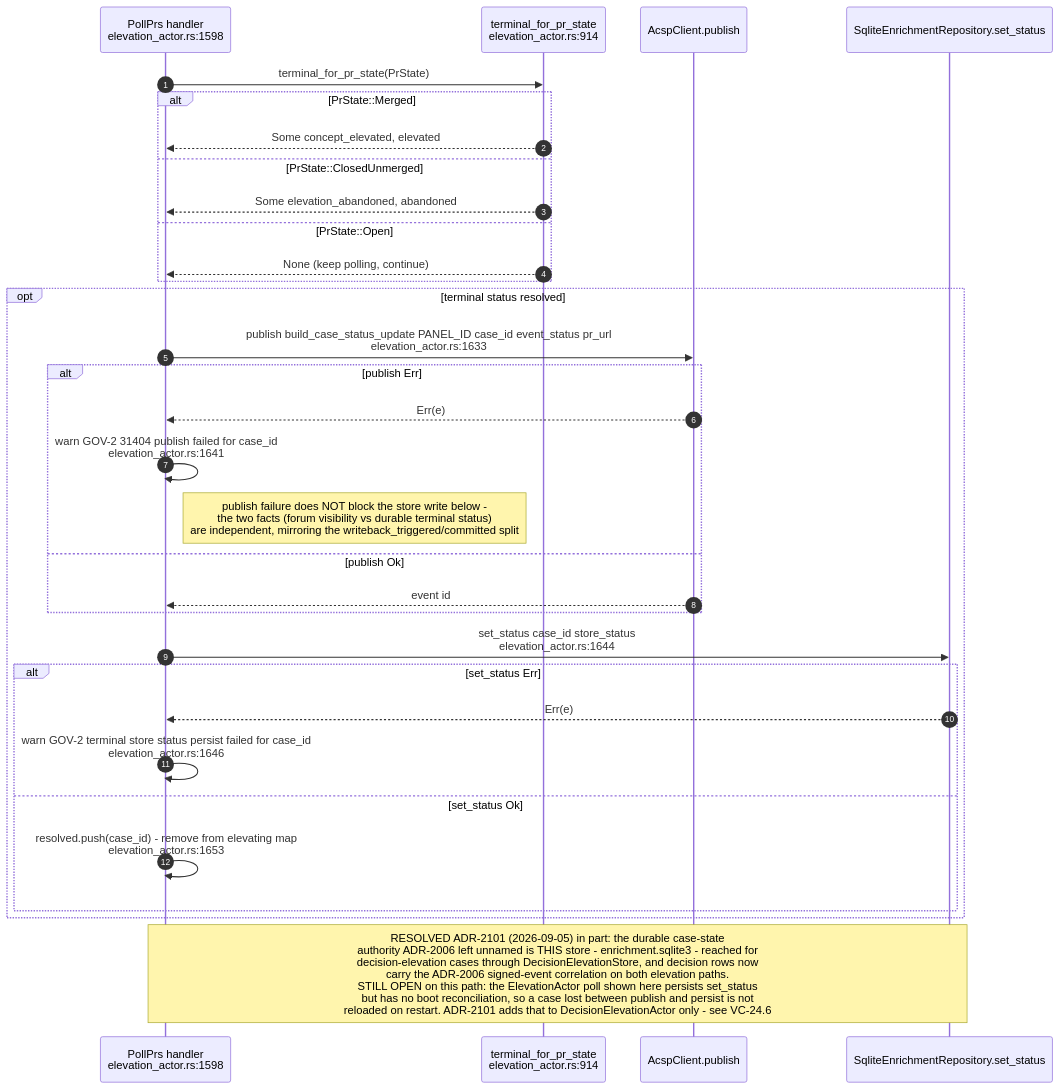
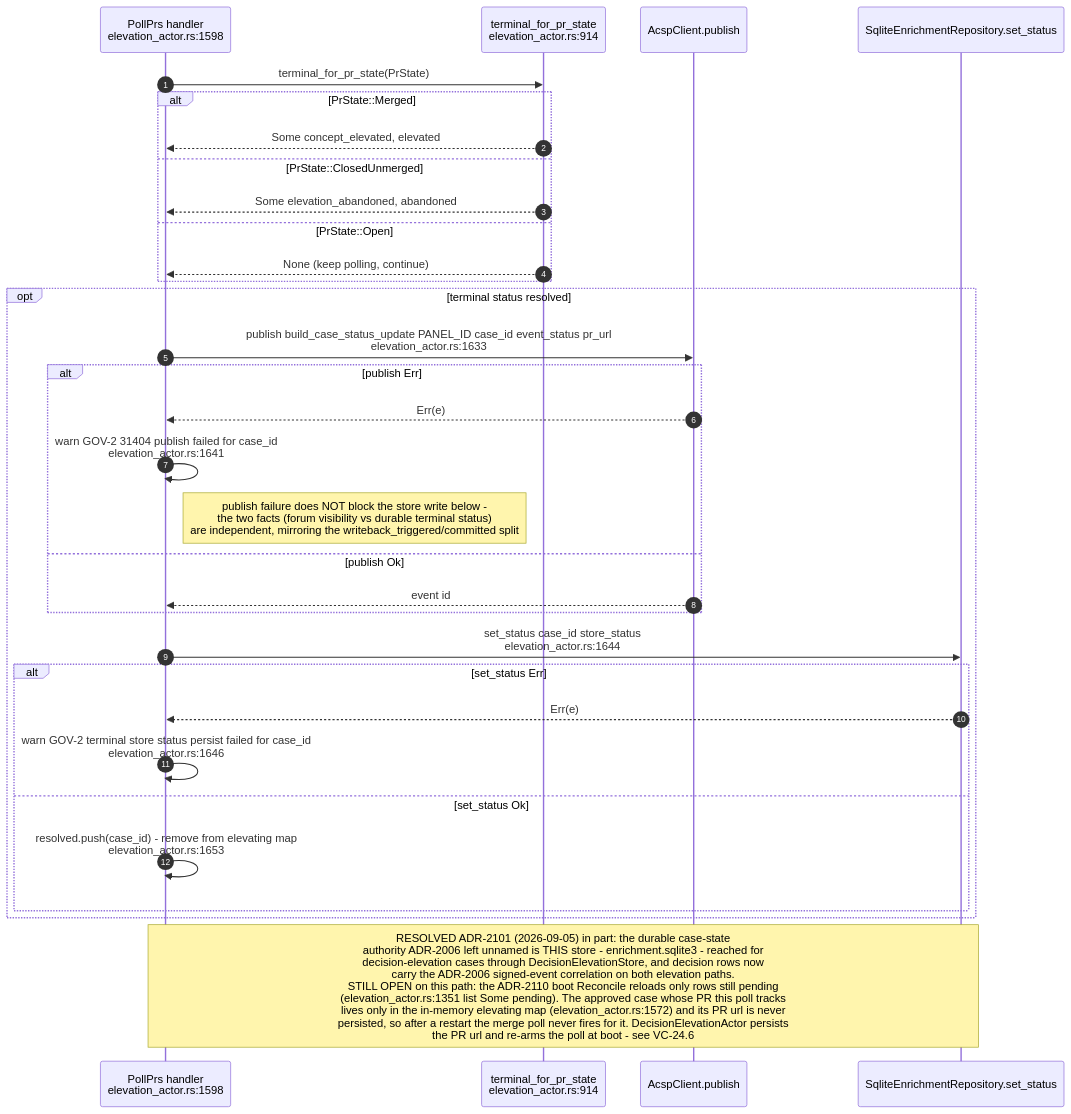
One commit to DreamLab-AI/VisionFlow changed the fifth of 12 diagrams in docs/diagrams/visionclaw/24-acsp-decision-elevation.md. Above: the diagram before and after it, drawn with Mermaid. The commit also changed other lines of this file and 173 other files, not shown here.

````diff
--- a/docs/diagrams/visionclaw/24-acsp-decision-elevation.md
+++ b/docs/diagrams/visionclaw/24-acsp-decision-elevation.md
@@ -209,34 +212,34 @@
 ```mermaid
 sequenceDiagram
     autonumber
     participant POLL as PollPrs handler<br/>elevation_actor.rs:1598
     participant MAP as terminal_for_pr_state<br/>elevation_actor.rs:914
     participant ACSP as AcspClient.publish
     participant REPO as SqliteEnrichmentRepository.set_status
     POLL->>MAP: terminal_for_pr_state(PrState)
     alt PrState::Merged
         MAP-->>POLL: Some concept_elevated, elevated
     else PrState::ClosedUnmerged
         MAP-->>POLL: Some elevation_abandoned, abandoned
     else PrState::Open
         MAP-->>POLL: None (keep polling, continue)
     end
     opt terminal status resolved
         POLL->>ACSP: publish build_case_status_update PANEL_ID case_id event_status pr_url<br/>elevation_actor.rs:1633
         alt publish Err
             ACSP-->>POLL: Err(e)
             POLL->>POLL: warn GOV-2 31404 publish failed for case_id<br/>elevation_actor.rs:1641
             Note right of POLL: publish failure does NOT block the store write below -<br/>the two facts (forum visibility vs durable terminal status)<br/>are independent, mirroring the writeback_triggered/committed split
         else publish Ok
             ACSP-->>POLL: event id
         end
         POLL->>REPO: set_status case_id store_status<br/>elevation_actor.rs:1644
         alt set_status Err
             REPO-->>POLL: Err(e)
             POLL->>POLL: warn GOV-2 terminal store status persist failed for case_id<br/>elevation_actor.rs:1646
         else set_status Ok
             POLL->>POLL: resolved.push(case_id) - remove from elevating map<br/>elevation_actor.rs:1653
         end
     end
-    Note over POLL,REPO: RESOLVED ADR-2101 (2026-09-05) in part: the durable case-state<br/>authority ADR-2006 left unnamed is THIS store - enrichment.sqlite3 - reached for<br/>decision-elevation cases through DecisionElevationStore, and decision rows now<br/>carry the ADR-2006 signed-event correlation on both elevation paths.<br/>STILL OPEN on this path: the ElevationActor poll shown here persists set_status<br/>but has no boot reconciliation, so a case lost between publish and persist is not<br/>reloaded on restart. ADR-2101 adds that to DecisionElevationActor only - see VC-24.6
+    Note over POLL,REPO: RESOLVED ADR-2101 (2026-09-05) in part: the durable case-state<br/>authority ADR-2006 left unnamed is THIS store - enrichment.sqlite3 - reached for<br/>decision-elevation cases through DecisionElevationStore, and decision rows now<br/>carry the ADR-2006 signed-event correlation on both elevation paths.<br/>STILL OPEN on this path: the ADR-2110 boot Reconcile reloads only rows still pending<br/>(elevation_actor.rs:1351 list Some pending). The approved case whose PR this poll tracks<br/>lives only in the in-memory elevating map (elevation_actor.rs:1572) and its PR url is never<br/>persisted, so after a restart the merge poll never fires for it. DecisionElevationActor persists<br/>the PR url and re-arms the poll at boot - see VC-24.6
 ```
````
